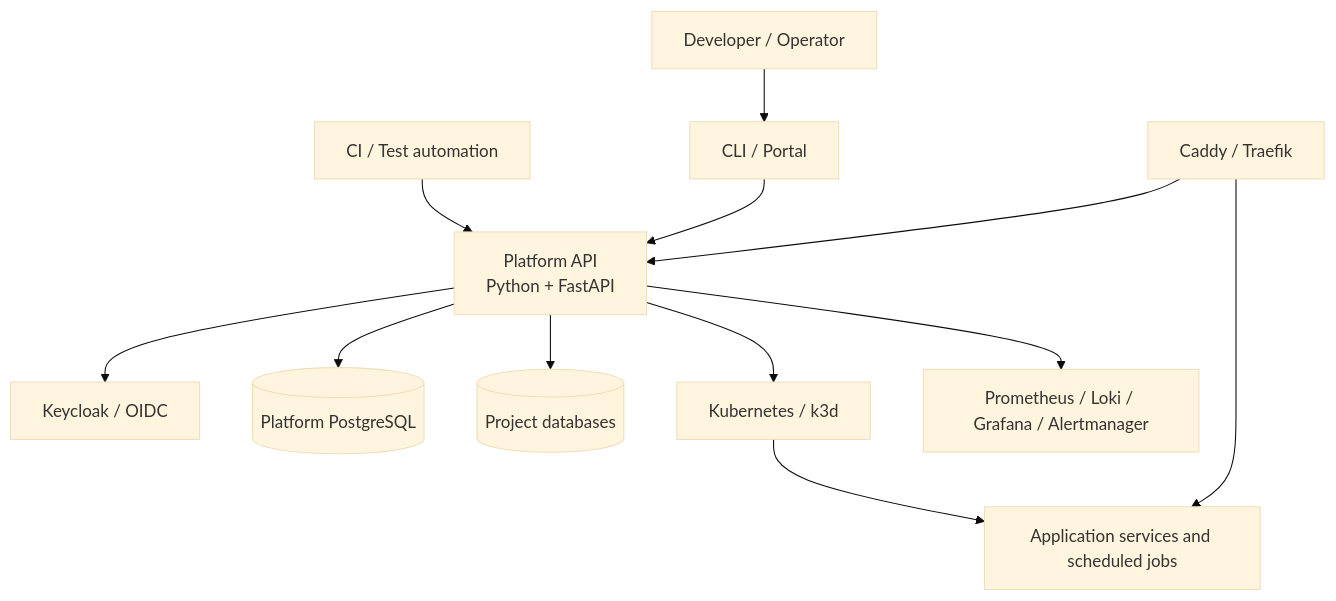
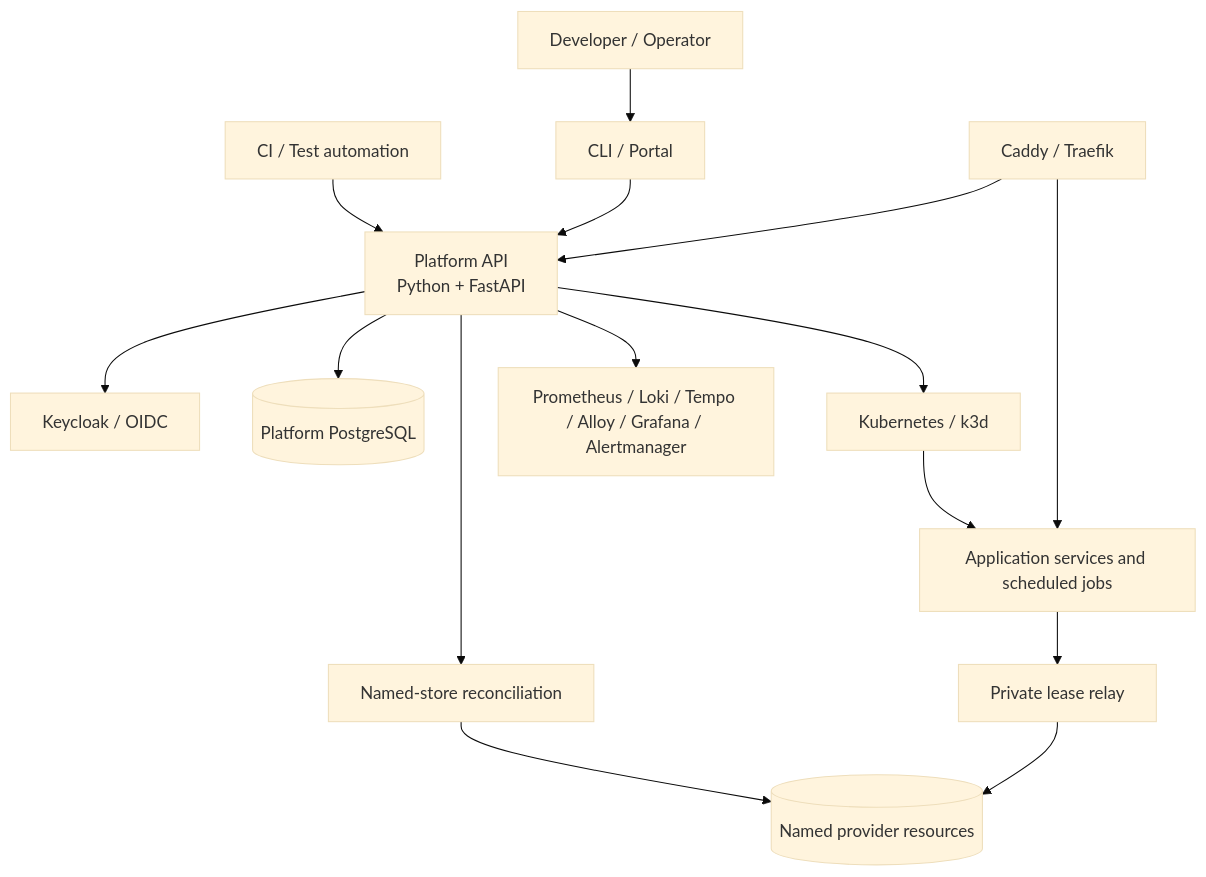
The diagram in docs/architecture/README.md (eseidinger/developer-platform), drawn with Mermaid (base theme) before and after one commit. The commit also changed other lines of this file and 65 other files, not shown here.

````diff
--- a/docs/architecture/README.md
+++ b/docs/architecture/README.md
@@ -11,14 +12,16 @@
 ```mermaid
 flowchart TB
     Human[Developer / Operator] --> Clients[CLI / Portal]
     CI[CI / Test automation] --> API[Platform API<br/>Python + FastAPI]
     Clients --> API
     API --> Identity[Keycloak / OIDC]
     API --> PlatformState[(Platform PostgreSQL)]
-    API --> ProjectDB[(Project databases)]
+    API --> StoreWorker[Named-store reconciliation]
+    StoreWorker --> Stores[(Named provider resources)]
+    Workloads --> Relay[Private lease relay] --> Stores
     API --> K8s[Kubernetes / k3d]
     K8s --> Workloads[Application services and scheduled jobs]
-    API --> Obs[Prometheus / Loki / Grafana / Alertmanager]
+    API --> Obs[Prometheus / Loki / Tempo / Alloy / Grafana / Alertmanager]
     Edge[Caddy / Traefik] --> API
     Edge --> Workloads
 ```
````
